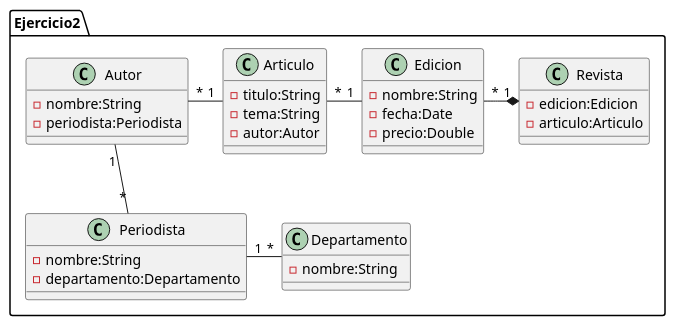
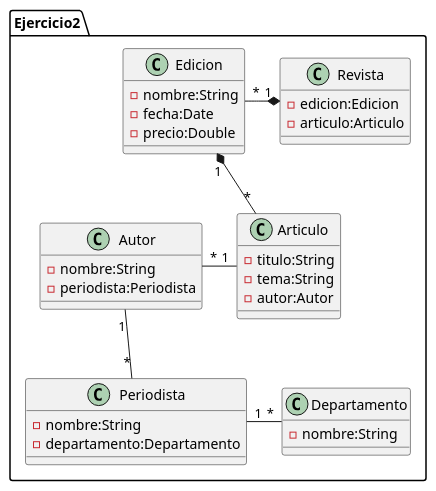
Before and after one commit to JesusOliveto/DOO: the diagram in ej2.puml, drawn with PlantUML.

```diff
--- a/ej2.puml
+++ b/ej2.puml
@@ -8,41 +8,41 @@
 @startuml Ejercicio2
 package Ejercicio2{
     class Revista{
         -edicion:Edicion
         -articulo:Articulo
     }
 
     class Edicion{
         -nombre:String
         -fecha:Date
         -precio:Double
     }
 
     class Articulo{
         -titulo:String
         -tema:String
         -autor:Autor
     }
 
     class Autor{
         -nombre:String
         -periodista:Periodista
     }
 
     class Periodista{
         -nombre:String
         -departamento:Departamento
     }
 
     class Departamento{
         -nombre:String
     }
 }
 
 Revista "1" *-left- "*" Edicion
-Edicion "1" -left- "*" Articulo
+Edicion "1" *-- "*" Articulo
 Articulo "1" -left- "*" Autor
 Autor "1" -down- "*" Periodista
 Periodista "1" -right- "*" Departamento
 
 @enduml
```
